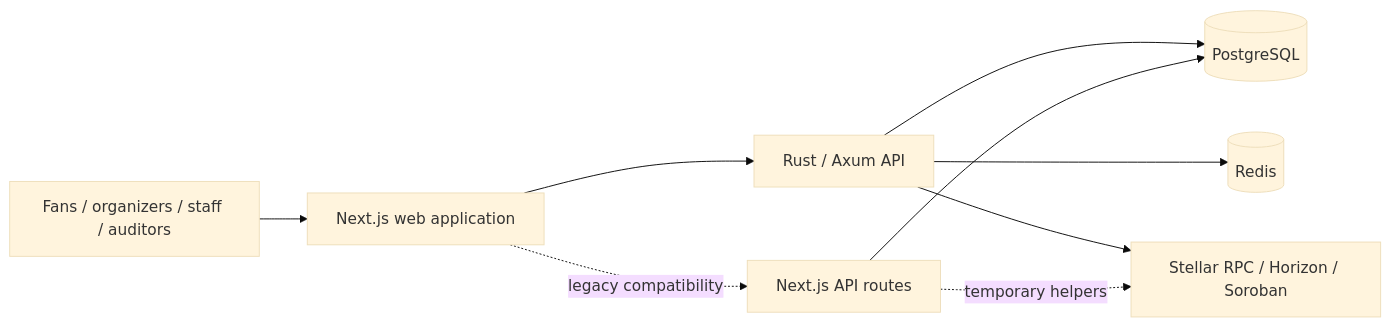
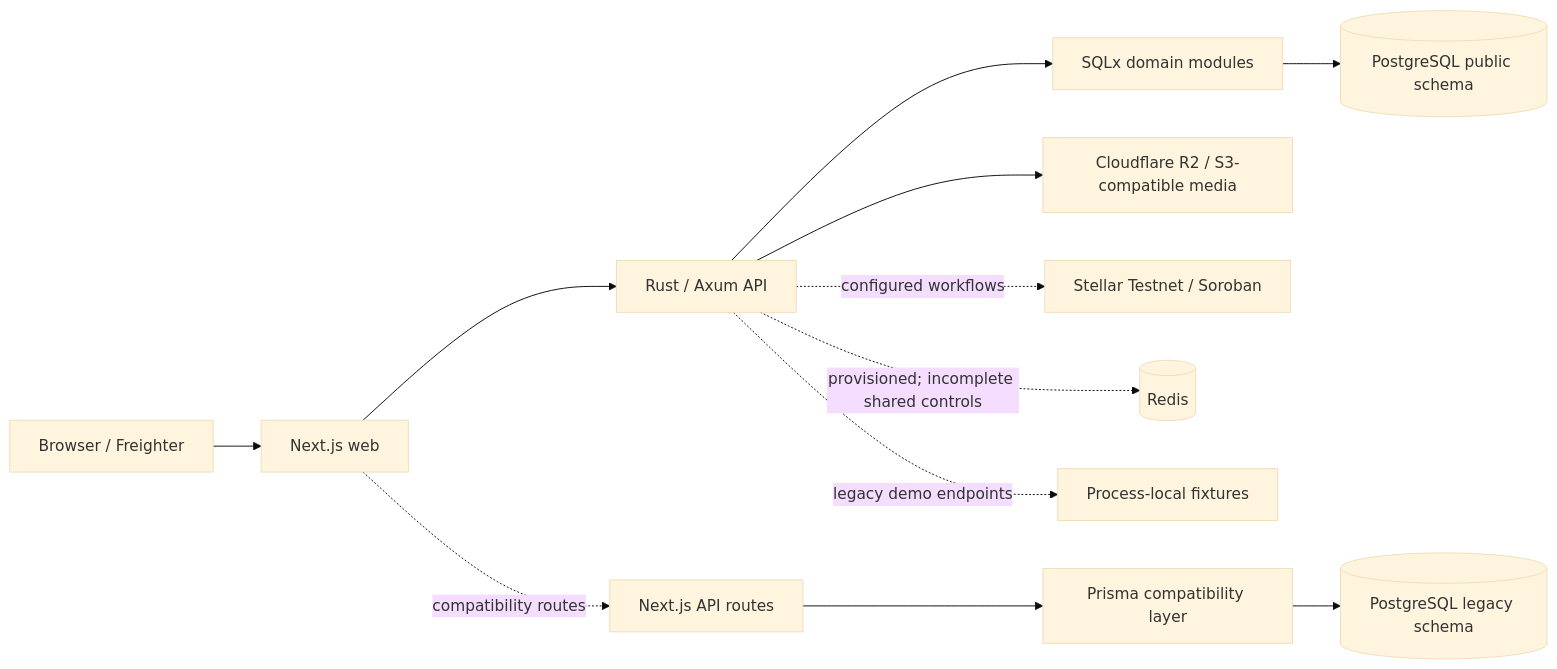
One commit to akippnn/CrownFi changed the diagram in README.md. Above: the diagram before and after it, drawn with Mermaid (base theme). The commit also changed other lines of this file and 9 other files, not shown here.

````diff
--- a/README.md
+++ b/README.md
@@ -25,11 +54,16 @@
 ```mermaid
 flowchart LR
-  User[Fans / organizers / staff / auditors] --> Web[Next.js web application]
-  Web --> Rust[Rust / Axum API]
-  Web -. legacy compatibility .-> Legacy[Next.js API routes]
-  Rust --> DB[(PostgreSQL)]
-  Rust --> Redis[(Redis)]
-  Legacy --> DB
-  Rust --> Stellar[Stellar RPC / Horizon / Soroban]
-  Legacy -. temporary helpers .-> Stellar
+  Browser[Browser / Freighter] --> Web[Next.js web]
+  Web --> API[Rust / Axum API]
+  Web -. compatibility routes .-> NextAPI[Next.js API routes]
+
+  API --> SQLx[SQLx domain modules]
+  SQLx --> PublicDB[(PostgreSQL public schema)]
+  NextAPI --> Prisma[Prisma compatibility layer]
+  Prisma --> LegacyDB[(PostgreSQL legacy schema)]
+
+  API --> R2[Cloudflare R2 / S3-compatible media]
+  API -. configured workflows .-> Stellar[Stellar Testnet / Soroban]
+  API -. provisioned; incomplete shared controls .-> Redis[(Redis)]
+  API -. legacy demo endpoints .-> Memory[Process-local fixtures]
 ```
````
